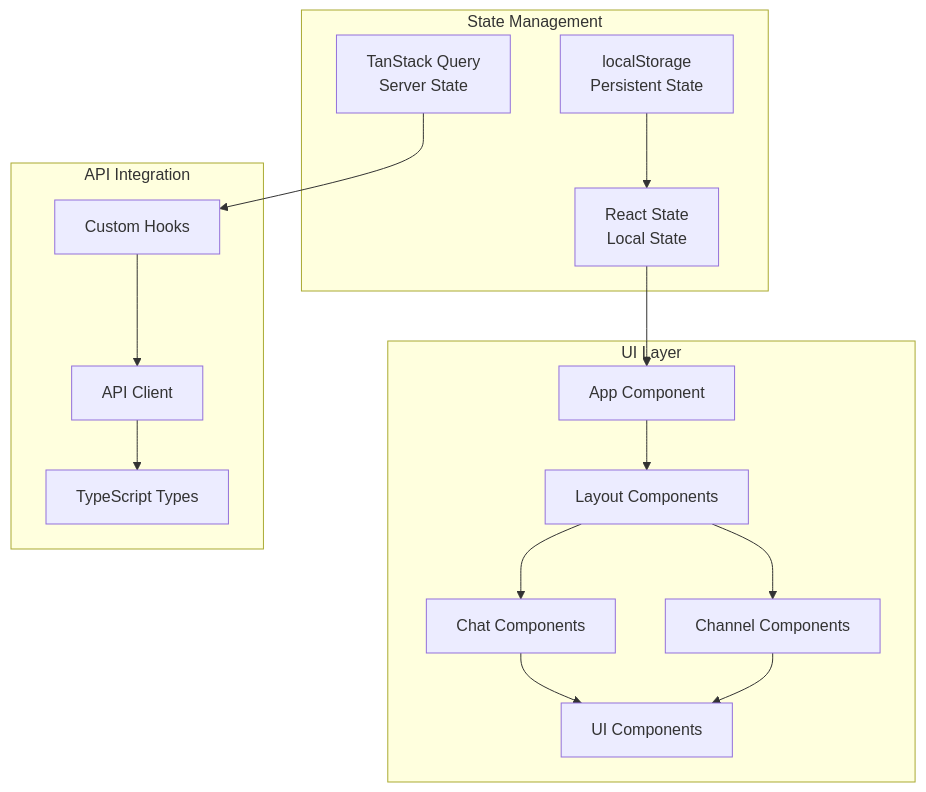
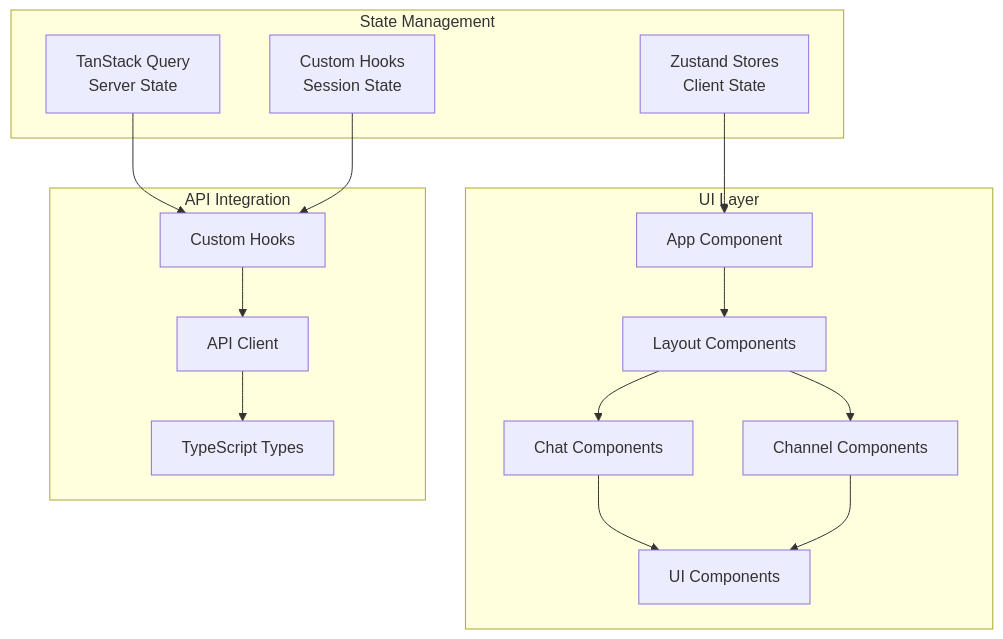
The first of 2 diagrams in frontend/docs/README.md (hechtcarmel/slack-knowledge-agent), drawn with Mermaid before and after one commit. The commit also changed other lines of this file and 7 other files, not shown here.

First line of the commit message:
feat(frontend): enhance architecture documentation and state management overview

````diff
--- a/frontend/docs/README.md
+++ b/frontend/docs/README.md
@@ -19,33 +20,33 @@
 ```mermaid
 graph TB
     subgraph "UI Layer"
         App[App Component]
         Layout[Layout Components]
         Chat[Chat Components]
         Channel[Channel Components]
         UI[UI Components]
     end
     
     subgraph "State Management"
         Server[TanStack Query<br/>Server State]
-        Local[React State<br/>Local State]
-        Persist[localStorage<br/>Persistent State]
+        Zustand[Zustand Stores<br/>Client State]
+        Session[Custom Hooks<br/>Session State]
     end
     
     subgraph "API Integration"
         Client[API Client]
         Hooks[Custom Hooks]
         Types[TypeScript Types]
     end
     
     App --> Layout
     Layout --> Chat
     Layout --> Channel
     Chat --> UI
     Channel --> UI
     Server --> Hooks
-    Local --> App
-    Persist --> Local
+    Zustand --> App
+    Session --> Hooks
     Hooks --> Client
     Client --> Types
 ```
````
